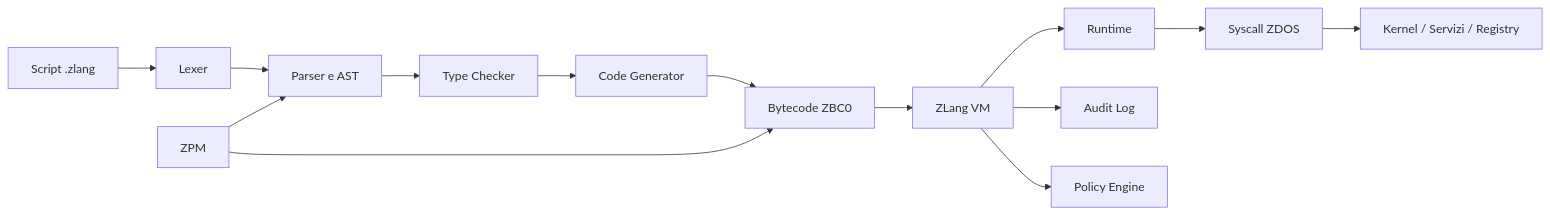
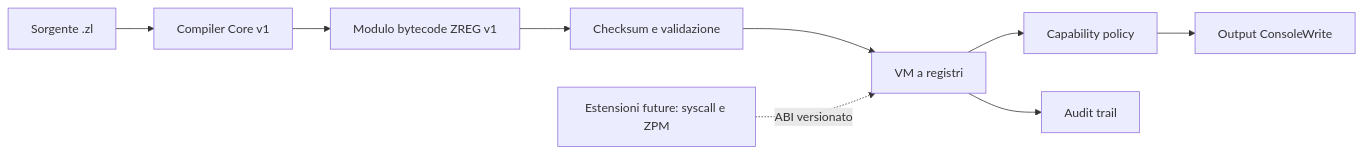
One commit to high-cde/Zlang changed the diagram in ZLANG-WHITEPAPER.md. Above: the diagram before and after it, drawn with Mermaid. The commit also changed other lines of this file and 27 other files, not shown here.

````diff
--- a/ZLANG-WHITEPAPER.md
+++ b/ZLANG-WHITEPAPER.md
@@ -52,16 +52,11 @@
 ```mermaid
 flowchart LR
-    A[Script .zlang] --> B[Lexer]
-    B --> C[Parser e AST]
-    C --> D[Type Checker]
-    D --> E[Code Generator]
-    E --> F[Bytecode ZBC0]
-    F --> G[ZLang VM]
-    G --> H[Runtime]
-    H --> I[Syscall ZDOS]
-    I --> J[Kernel / Servizi / Registry]
-    G --> K[Audit Log]
-    G --> L[Policy Engine]
-    M[ZPM] --> C
-    M --> F
+    A[Sorgente .zl] --> B[Compiler Core v1]
+    B --> C[Modulo bytecode ZREG v1]
+    C --> D[Checksum e validazione]
+    D --> E[VM a registri]
+    E --> F[Capability policy]
+    F --> G[Output ConsoleWrite]
+    E --> H[Audit trail]
+    I[Estensioni future: syscall e ZPM] -. ABI versionato .-> E
 ```
````
